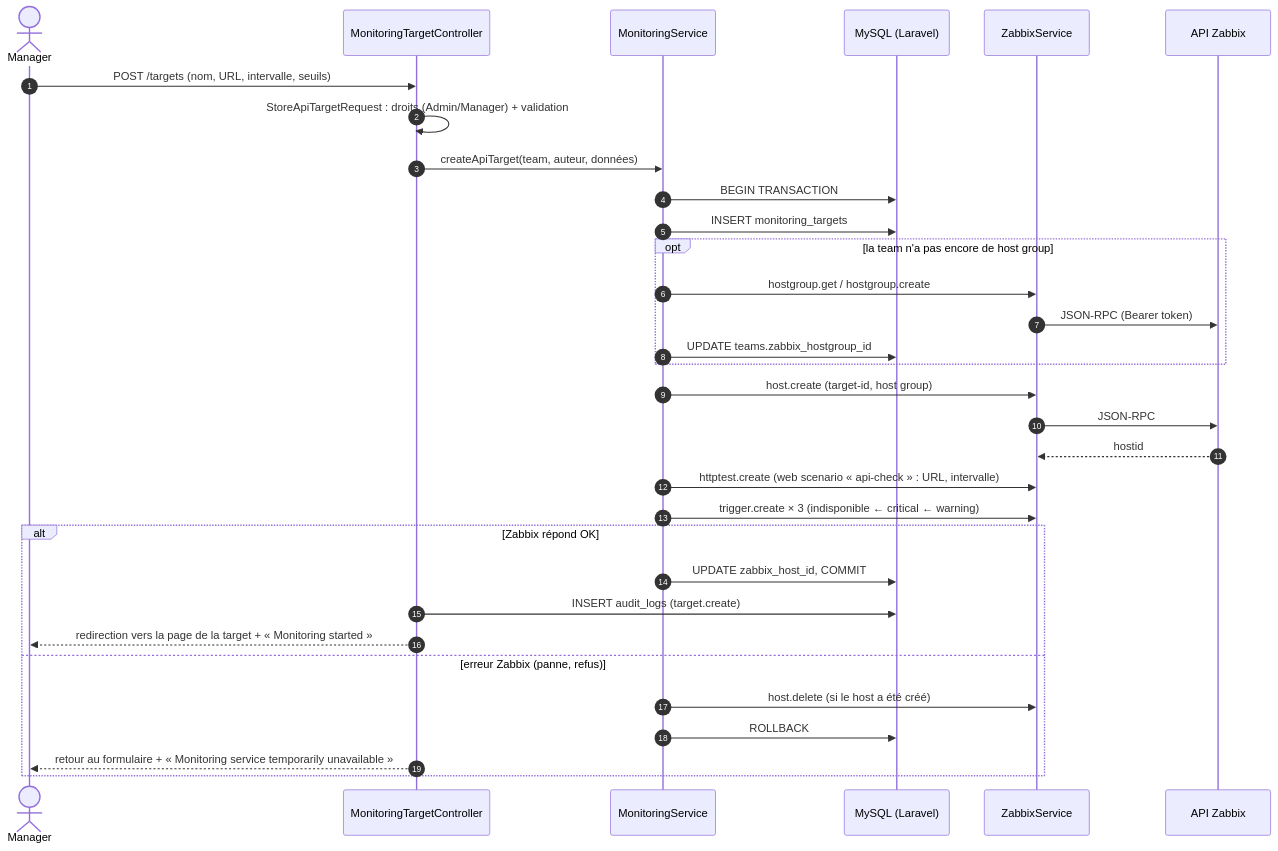
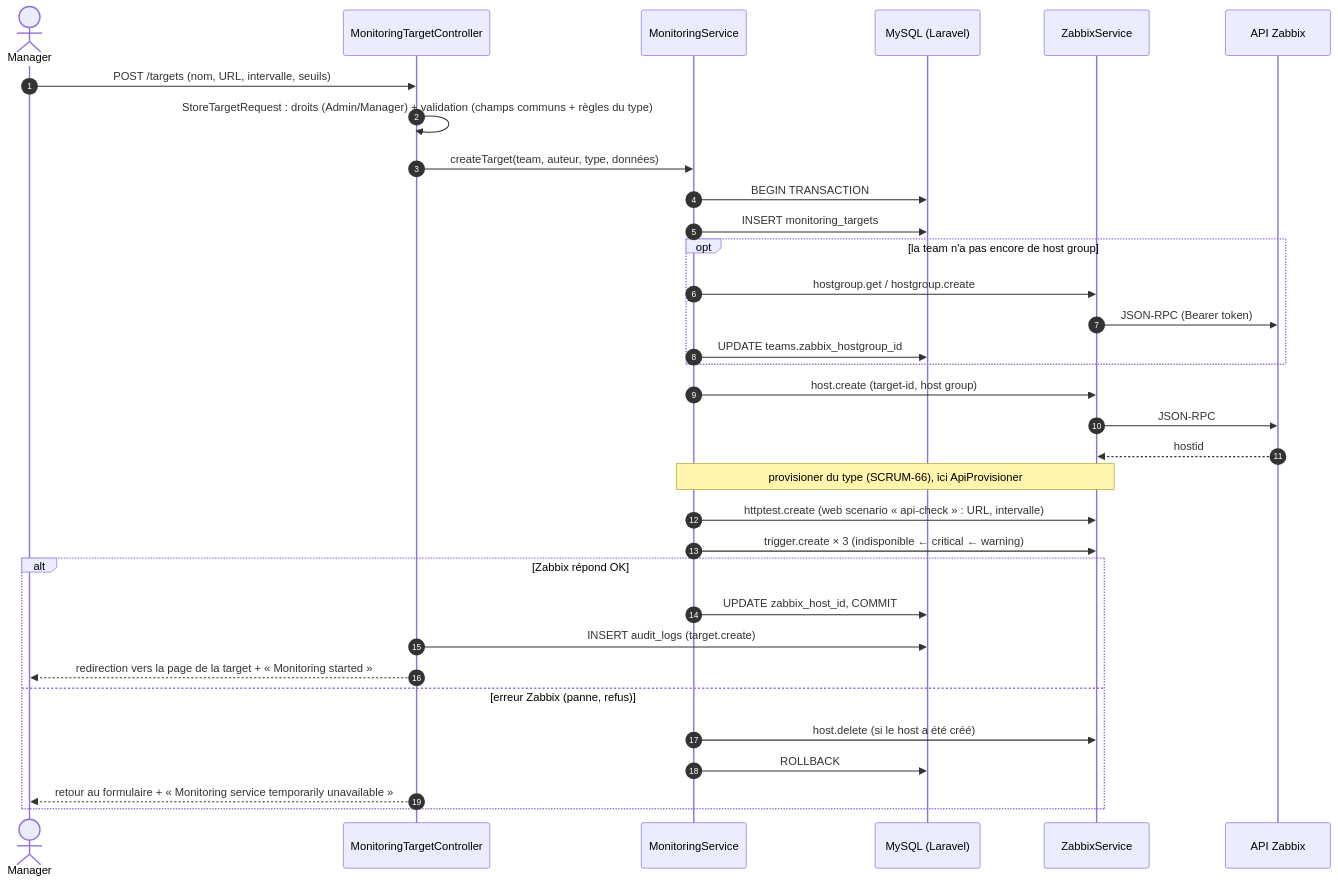
One commit to wissalsaidi/Monitoring-Platform changed the first of 2 diagrams in docs/conception/05-diagrammes-de-sequence.md. Above: the diagram before and after it, drawn with Mermaid. The commit also changed 25 other files, not shown here.

First line of the commit message:
refactor(monitoring): multi-type targets with one Zabbix provisioner per type [SCRUM-66]

````diff
--- a/docs/conception/05-diagrammes-de-sequence.md
+++ b/docs/conception/05-diagrammes-de-sequence.md
@@ -11,35 +11,36 @@
 ```mermaid
 sequenceDiagram
     autonumber
     actor M as Manager
     participant C as MonitoringTargetController
     participant S as MonitoringService
     participant DB as MySQL (Laravel)
     participant Z as ZabbixService
     participant API as API Zabbix
 
     M->>C: POST /targets (nom, URL, intervalle, seuils)
-    C->>C: StoreApiTargetRequest : droits (Admin/Manager) + validation
-    C->>S: createApiTarget(team, auteur, données)
+    C->>C: StoreTargetRequest : droits (Admin/Manager) + validation (champs communs + règles du type)
+    C->>S: createTarget(team, auteur, type, données)
     S->>DB: BEGIN TRANSACTION
     S->>DB: INSERT monitoring_targets
     opt la team n'a pas encore de host group
         S->>Z: hostgroup.get / hostgroup.create
         Z->>API: JSON-RPC (Bearer token)
         S->>DB: UPDATE teams.zabbix_hostgroup_id
     end
     S->>Z: host.create (target-id, host group)
     Z->>API: JSON-RPC
     API-->>Z: hostid
+    Note over S,Z: provisioner du type (SCRUM-66), ici ApiProvisioner
     S->>Z: httptest.create (web scenario « api-check » : URL, intervalle)
     S->>Z: trigger.create × 3 (indisponible ← critical ← warning)
     alt Zabbix répond OK
         S->>DB: UPDATE zabbix_host_id, COMMIT
         C->>DB: INSERT audit_logs (target.create)
         C-->>M: redirection vers la page de la target + « Monitoring started »
     else erreur Zabbix (panne, refus)
         S->>Z: host.delete (si le host a été créé)
         S->>DB: ROLLBACK
         C-->>M: retour au formulaire + « Monitoring service temporarily unavailable »
     end
 ```
````
